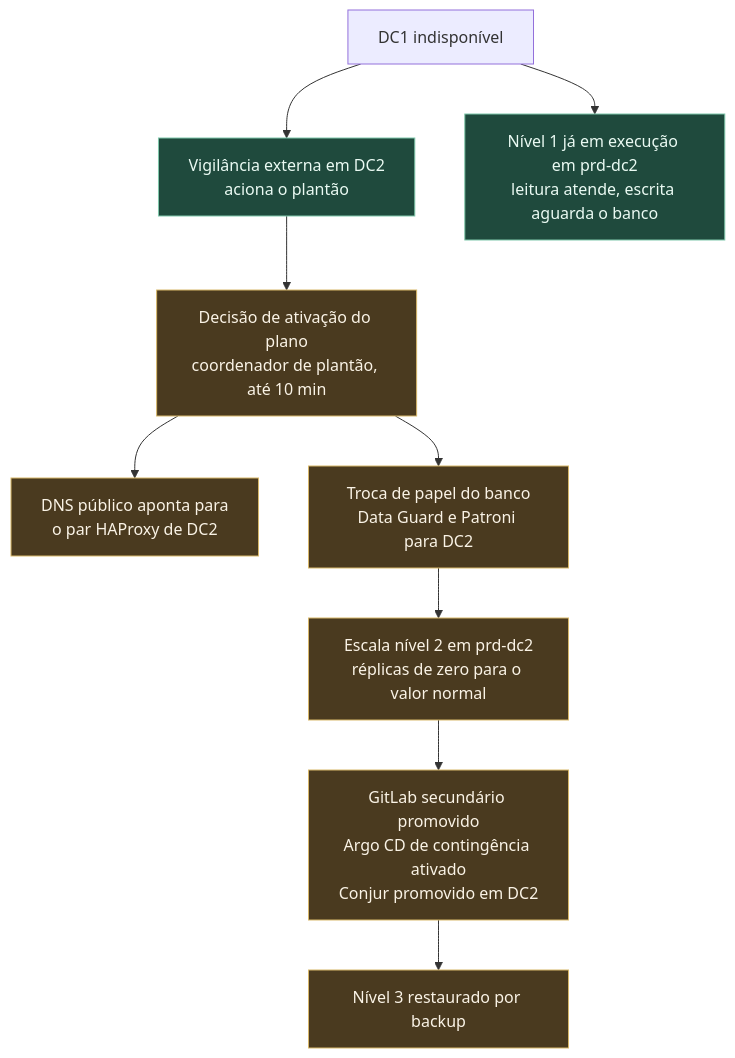
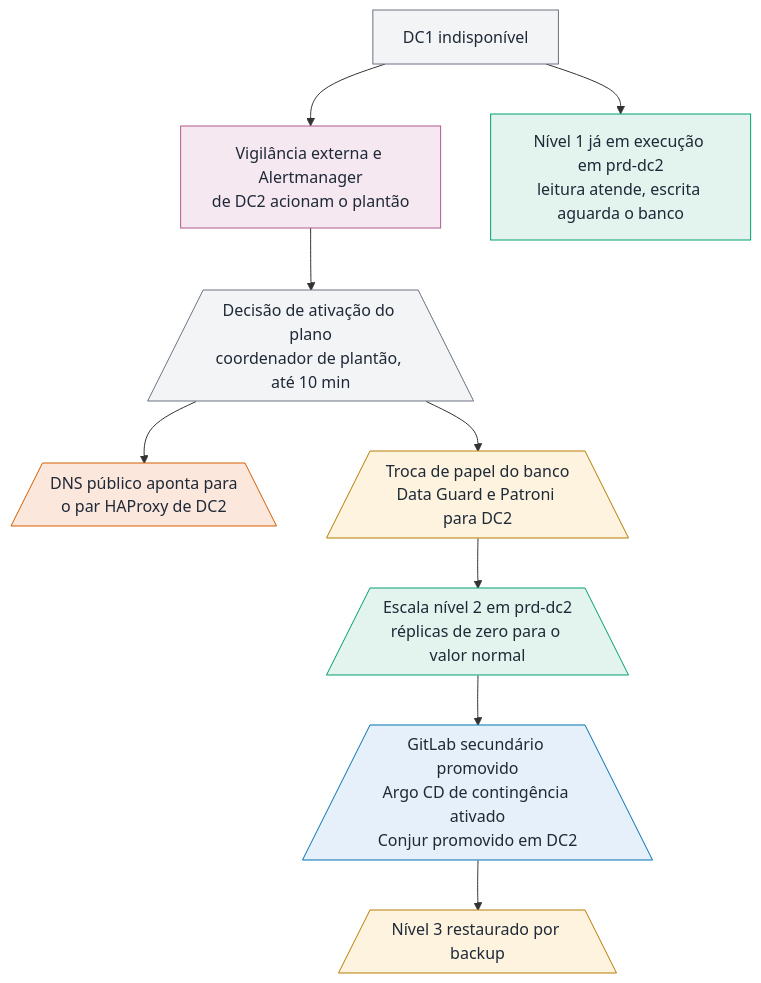
One commit to DiegoAmorimDev/plataforma-entrega-sefaz changed the diagram in docs/05-resiliencia.md. Above: the diagram before and after it, drawn with Mermaid. The commit also changed other lines of this file and 12 other files, not shown here.

````diff
--- a/docs/05-resiliencia.md
+++ b/docs/05-resiliencia.md
@@ -133,16 +135,24 @@
 ```mermaid
 flowchart TD
-    E["DC1 indisponível"] --> D1["Vigilância externa em DC2<br/>aciona o plantão"]
+    E["DC1 indisponível"] --> D1["Vigilância externa e Alertmanager<br/>de DC2 acionam o plantão"]
     E --> N1["Nível 1 já em execução em prd-dc2<br/>leitura atende, escrita aguarda o banco"]
-    D1 --> DEC["Decisão de ativação do plano<br/>coordenador de plantão, até 10 min"]
-    DEC --> DNS["DNS público aponta para<br/>o par HAProxy de DC2"]
-    DEC --> DB["Troca de papel do banco<br/>Data Guard e Patroni para DC2"]
-    DB --> N2["Escala nível 2 em prd-dc2<br/>réplicas de zero para o valor normal"]
-    N2 --> GL["GitLab secundário promovido<br/>Argo CD de contingência ativado<br/>Conjur promovido em DC2"]
-    GL --> N3["Nível 3 restaurado por backup"]
+    D1 --> DEC[/"Decisão de ativação do plano<br/>coordenador de plantão, até 10 min"\]
+    DEC --> DNS[/"DNS público aponta para<br/>o par HAProxy de DC2"\]
+    DEC --> DB[/"Troca de papel do banco<br/>Data Guard e Patroni para DC2"\]
+    DB --> N2[/"Escala nível 2 em prd-dc2<br/>réplicas de zero para o valor normal"\]
+    N2 --> GL[/"GitLab secundário promovido<br/>Argo CD de contingência ativado<br/>Conjur promovido em DC2"\]
+    GL --> N3[/"Nível 3 restaurado por backup"\]
 
-    classDef auto fill:#1f4a3d,stroke:#7fc8ab,color:#eafaf3
-    classDef manual fill:#4a3a1f,stroke:#d8b86a,color:#faf3e6
-    class D1,N1 auto
-    class DEC,DNS,DB,N2,GL,N3 manual
+    classDef neutro fill:#F3F4F6,stroke:#6B7280,color:#1F2937
+    classDef observacao fill:#F6E8F1,stroke:#B05A8C,color:#1F2937
+    classDef execucao fill:#E3F4EE,stroke:#009E73,color:#1F2937
+    classDef trafego fill:#FBE7DC,stroke:#D55E00,color:#1F2937
+    classDef dados fill:#FDF3DF,stroke:#B87D00,color:#1F2937
+    classDef entrega fill:#E6F0FA,stroke:#0072B2,color:#1F2937
+    class E,DEC neutro
+    class D1 observacao
+    class N1,N2 execucao
+    class DNS trafego
+    class DB,N3 dados
+    class GL entrega
 ```
````
